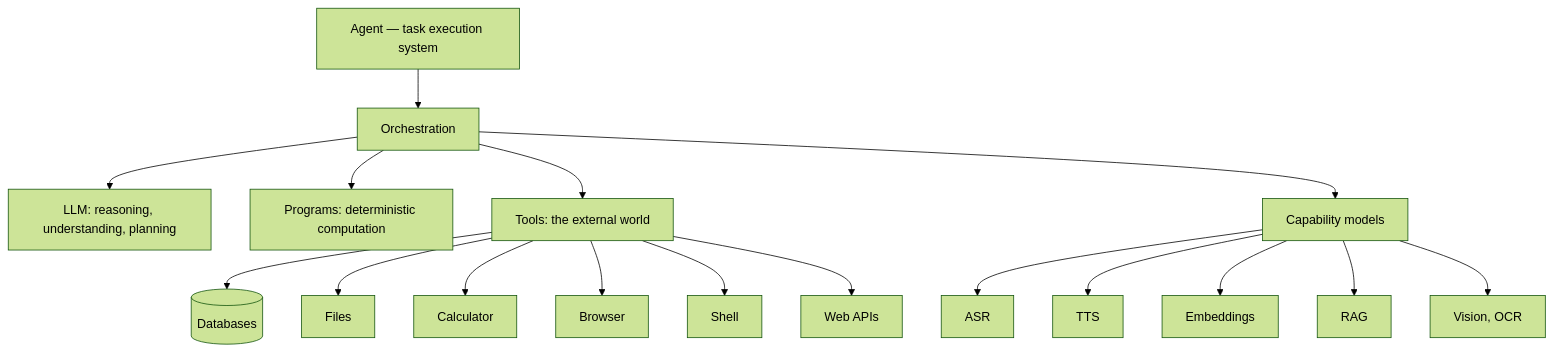
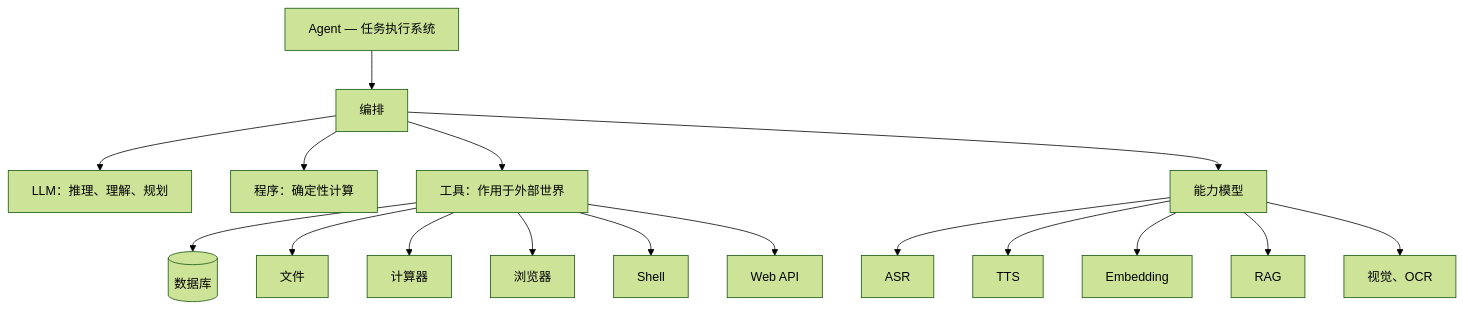
One commit to steve02081504/fount changed the diagram in .github/pages/blog/articles/llm-is-not-the-agent/zh-CN.md. Above: the diagram before and after it, drawn with Mermaid (forest theme). The commit also changed other lines of this file and 12 other files, not shown here.

````diff
--- a/.github/pages/blog/articles/llm-is-not-the-agent/zh-CN.md
+++ b/.github/pages/blog/articles/llm-is-not-the-agent/zh-CN.md
@@ -85,19 +85,19 @@
 ```mermaid
 flowchart TB
-    AG["Agent — task execution system"] --> OR["Orchestration"]
-    OR --> LLM["LLM: reasoning, understanding, planning"]
-    OR --> PRG["Programs: deterministic computation"]
-    OR --> TLS["Tools: the external world"]
-    OR --> MDL["Capability models"]
-    TLS --> DB[("Databases")]
-    TLS --> FLS["Files"]
-    TLS --> CALC["Calculator"]
-    TLS --> BRW["Browser"]
+    AG["Agent — 任务执行系统"] --> OR["编排"]
+    OR --> LLM["LLM：推理、理解、规划"]
+    OR --> PRG["程序：确定性计算"]
+    OR --> TLS["工具：作用于外部世界"]
+    OR --> MDL["能力模型"]
+    TLS --> DB[("数据库")]
+    TLS --> FLS["文件"]
+    TLS --> CALC["计算器"]
+    TLS --> BRW["浏览器"]
     TLS --> SHL["Shell"]
-    TLS --> API["Web APIs"]
+    TLS --> API["Web API"]
     MDL --> ASR["ASR"]
     MDL --> TTS["TTS"]
-    MDL --> EMB["Embeddings"]
+    MDL --> EMB["Embedding"]
     MDL --> RAG["RAG"]
-    MDL --> VIS["Vision, OCR"]
+    MDL --> VIS["视觉、OCR"]
 ```
````
